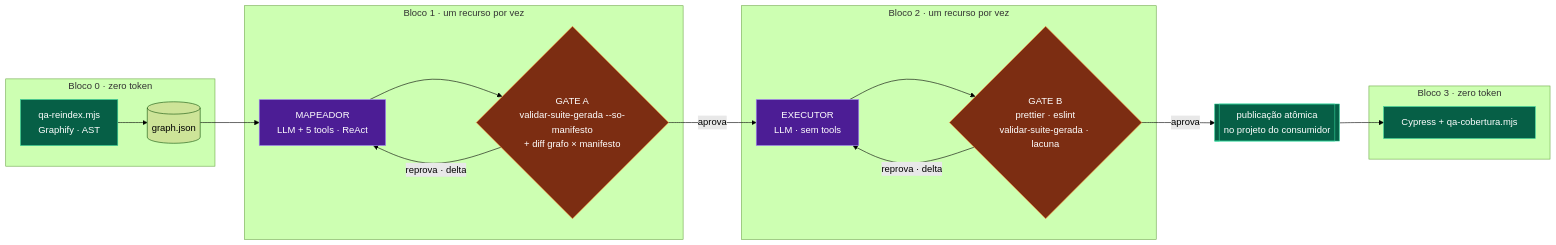
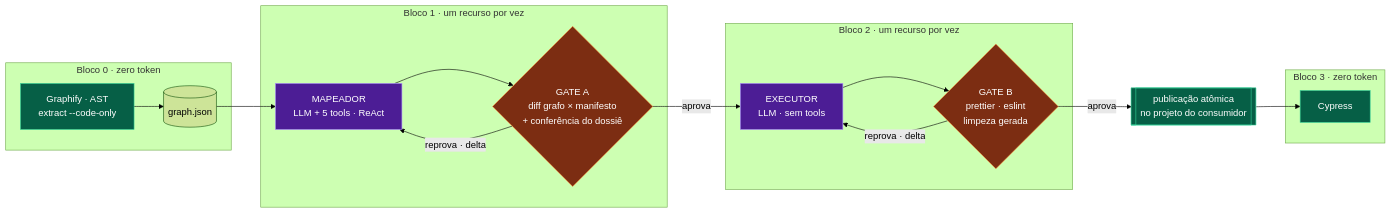
The diagram in docs/arquitetura/visao-geral.md (MarcosQuintino0/Langchain), drawn with Mermaid (forest theme) before and after one commit. The commit also changed other lines of this file and 37 other files, not shown here.

````diff
--- a/docs/arquitetura/visao-geral.md
+++ b/docs/arquitetura/visao-geral.md
@@ -6,36 +6,36 @@
 ```mermaid
 flowchart LR
     subgraph B0["Bloco 0 · zero token"]
-        RX["qa-reindex.mjs<br/>Graphify · AST"] --> GRAFO[("graph.json")]
+        RX["Graphify · AST<br/>extract --code-only"] --> GRAFO[("graph.json")]
     end
 
     subgraph B1["Bloco 1 · um recurso por vez"]
         MAP["MAPEADOR<br/>LLM + 5 tools · ReAct"]
-        GA{"GATE A<br/>validar-suite-gerada --so-manifesto<br/>+ diff grafo × manifesto"}
+        GA{"GATE A<br/>diff grafo × manifesto<br/>+ conferência do dossiê"}
         MAP --> GA
         GA -- "reprova · delta" --> MAP
     end
 
     subgraph B2["Bloco 2 · um recurso por vez"]
         EXE["EXECUTOR<br/>LLM · sem tools"]
-        GB{"GATE B<br/>prettier · eslint<br/>validar-suite-gerada · lacuna"}
+        GB{"GATE B<br/>prettier · eslint<br/>limpeza gerada"}
         EXE --> GB
         GB -- "reprova · delta" --> EXE
     end
 
     subgraph B3["Bloco 3 · zero token"]
-        CY["Cypress + qa-cobertura.mjs"]
+        CY["Cypress"]
     end
 
     GRAFO --> MAP
     GA -- aprova --> EXE
     GB -- aprova --> PUB[["publicação atômica<br/>no projeto do consumidor"]]
     PUB --> CY
 
     classDef llm fill:#4c1d95,stroke:#a78bfa,color:#fff
     classDef det fill:#065f46,stroke:#34d399,color:#fff
     classDef gate fill:#7c2d12,stroke:#fb923c,color:#fff
     class MAP,EXE llm
     class RX,CY,PUB det
     class GA,GB gate
 ```
````
